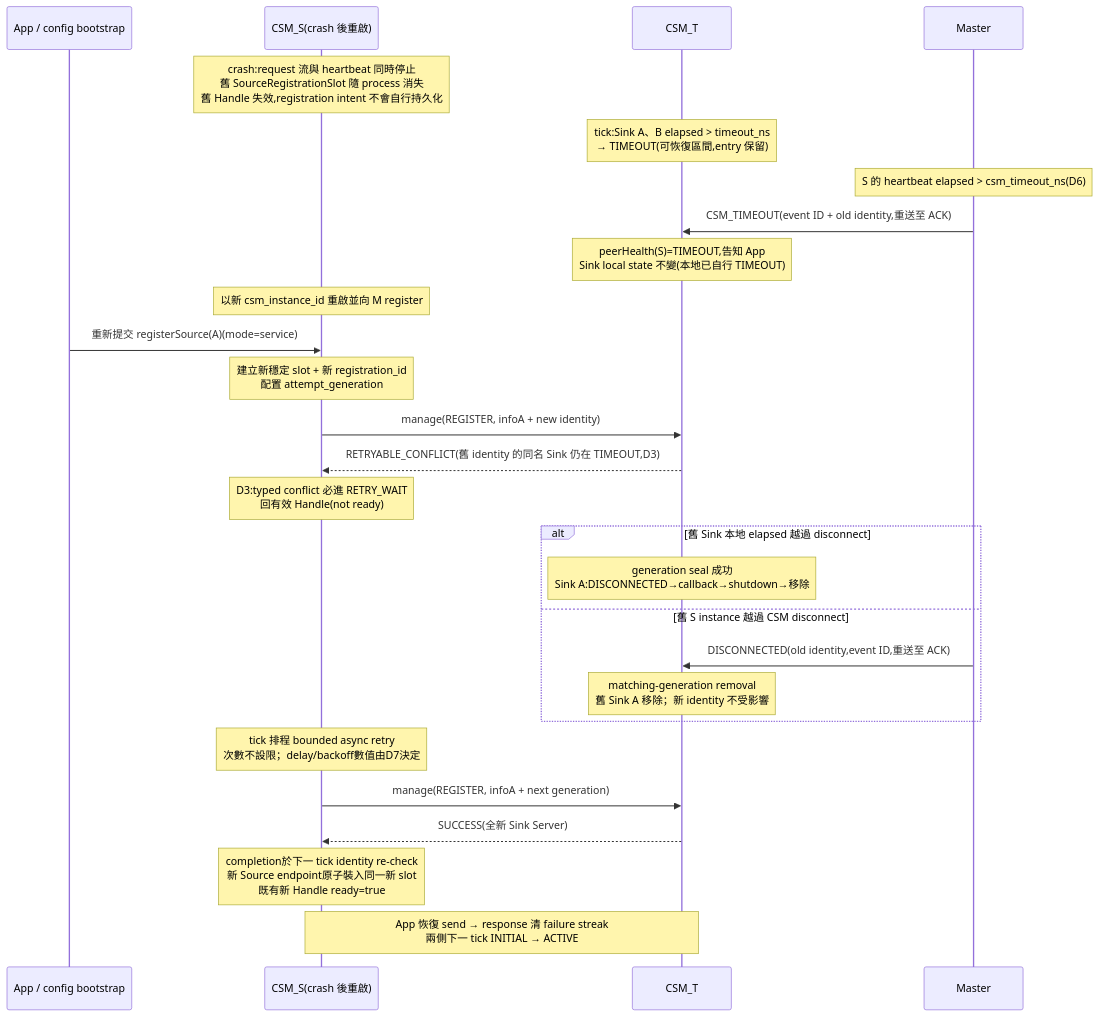
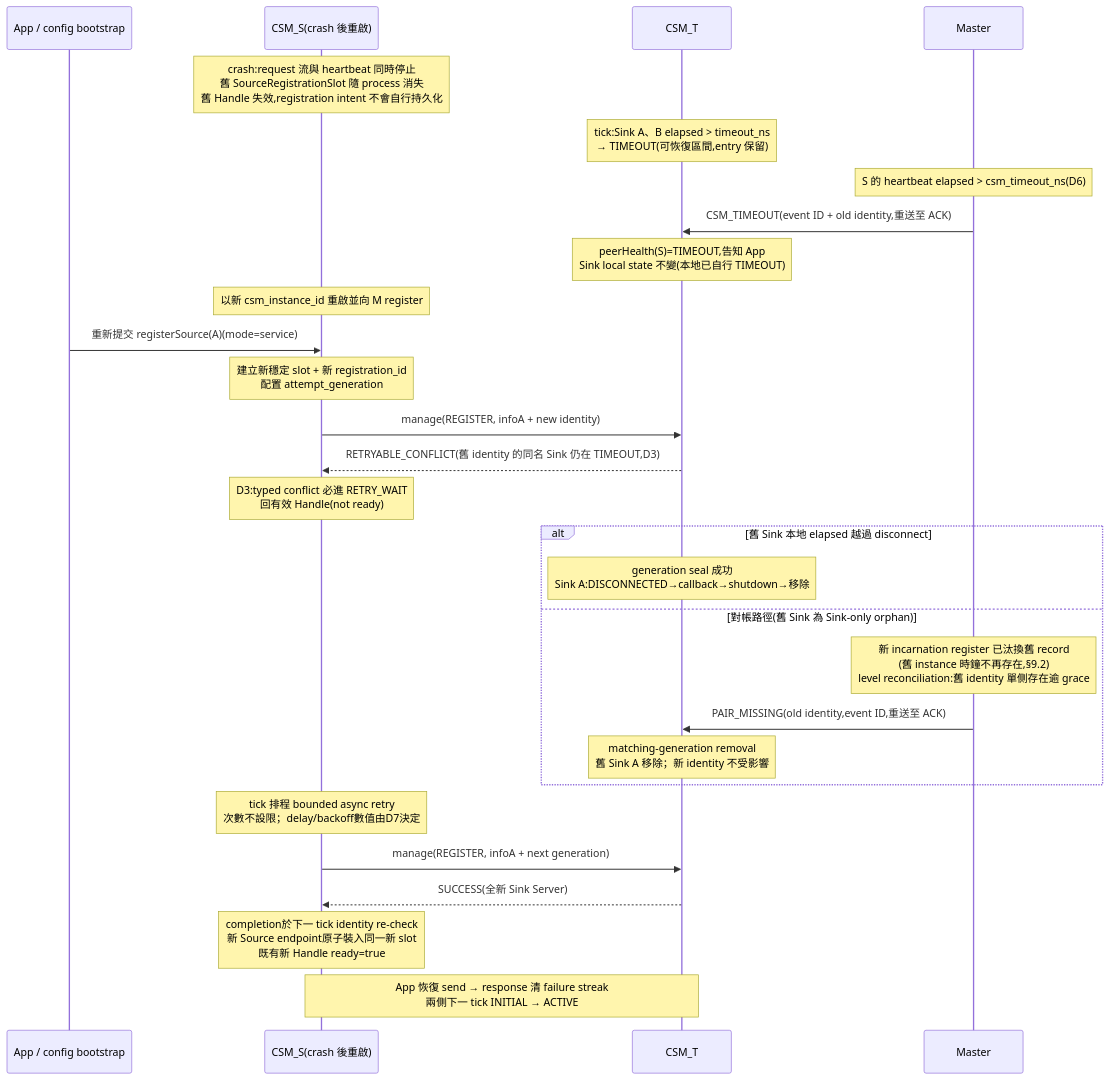
One commit to cocobird231/rv2_project changed diagram 29 of 43 in r1_design_draft.md. Above: the diagram before and after it, drawn with Mermaid. The commit also changed other lines of this file, not shown here.

First line of the commit message:
doc: R1 CST design v1.2.1 — final architecture audit fixes

````diff
--- a/r1_design_draft.md
+++ b/r1_design_draft.md
@@ -3157,32 +3218,33 @@
 ```mermaid
 sequenceDiagram
     participant App as App / config bootstrap
     participant S as CSM_S(crash 後重啟)
     participant T as CSM_T
     participant M as Master
 
     Note over S: crash:request 流與 heartbeat 同時停止<br/>舊 SourceRegistrationSlot 隨 process 消失<br/>舊 Handle 失效,registration intent 不會自行持久化
     Note over T: tick:Sink A、B elapsed > timeout_ns<br/>→ TIMEOUT(可恢復區間,entry 保留)
     Note over M: S 的 heartbeat elapsed > csm_timeout_ns(D6)
     M->>T: CSM_TIMEOUT(event ID + old identity,重送至 ACK)
     Note over T: peerHealth(S)=TIMEOUT,告知 App<br/>Sink local state 不變(本地已自行 TIMEOUT)
 
     Note over S: 以新 csm_instance_id 重啟並向 M register
     App->>S: 重新提交 registerSource(A)(mode=service)
     Note over S: 建立新穩定 slot + 新 registration_id<br/>配置 attempt_generation
     S->>T: manage(REGISTER, infoA + new identity)
     T-->>S: RETRYABLE_CONFLICT(舊 identity 的同名 Sink 仍在 TIMEOUT,D3)
     Note over S: D3:typed conflict 必進 RETRY_WAIT<br/>回有效 Handle(not ready)
 
     alt 舊 Sink 本地 elapsed 越過 disconnect
         Note over T: generation seal 成功<br/>Sink A:DISCONNECTED→callback→shutdown→移除
-    else 舊 S instance 越過 CSM disconnect
-        M->>T: DISCONNECTED(old identity,event ID,重送至 ACK)
+    else 對帳路徑(舊 Sink 為 Sink-only orphan)
+        Note over M: 新 incarnation register 已汰換舊 record<br/>(舊 instance 時鐘不再存在,§9.2)<br/>level reconciliation:舊 identity 單側存在逾 grace
+        M->>T: PAIR_MISSING(old identity,event ID,重送至 ACK)
         Note over T: matching-generation removal<br/>舊 Sink A 移除；新 identity 不受影響
     end
     Note over S: tick 排程 bounded async retry<br/>次數不設限；delay/backoff數值由D7決定
     S->>T: manage(REGISTER, infoA + next generation)
     T-->>S: SUCCESS(全新 Sink Server)
     Note over S: completion於下一 tick identity re-check<br/>新 Source endpoint原子裝入同一新 slot<br/>既有新 Handle ready=true
     Note over S,T: App 恢復 send → response 清 failure streak<br/>兩側下一 tick INITIAL → ACTIVE
 ```
````
